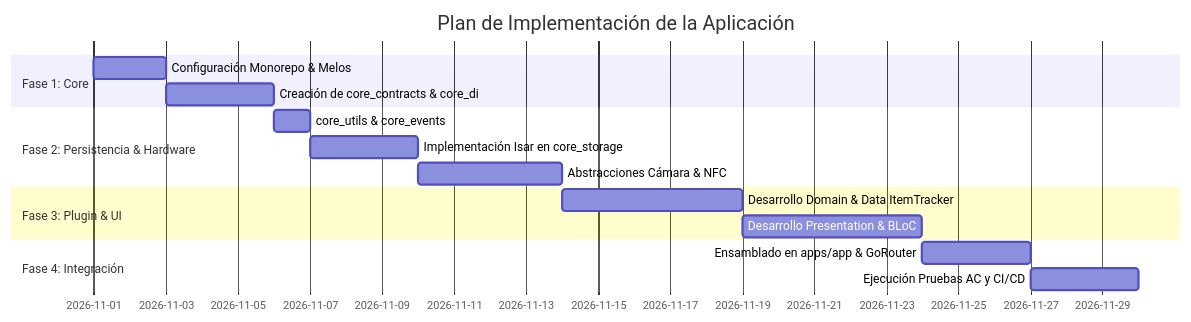
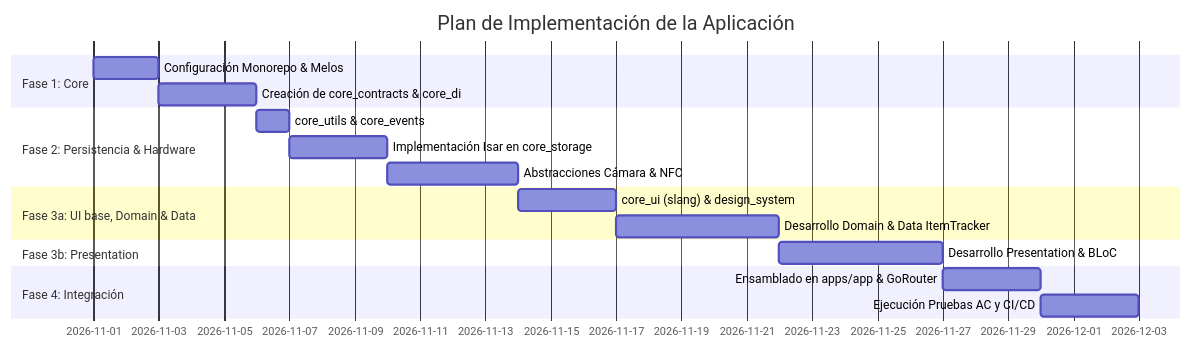
The fourth of 4 diagrams in specs/app_spec.md (cristian2024/home_tasks), drawn with Mermaid before and after one commit. The commit also changed other lines of this file and 1 other file, not shown here.

Commit message:
docs: reglas de negocio del plugin, i18n con slang, design_system y Fase 3a/3b

````diff
--- a/specs/app_spec.md
+++ b/specs/app_spec.md
@@ -876,18 +951,20 @@
 ```mermaid
 gantt
     title Plan de Implementación de la Aplicación
     dateFormat  YYYY-MM-DD
     section Fase 1: Core
     Configuración Monorepo & Melos       :f1_1, 2026-11-01, 2d
     Creación de core_contracts & core_di :f1_2, after f1_1, 3d
     section Fase 2: Persistencia & Hardware
     core_utils & core_events             :f2_0, after f1_2, 1d
     Implementación Isar en core_storage  :f2_1, after f2_0, 3d
     Abstracciones Cámara & NFC           :f2_2, after f2_1, 4d
-    section Fase 3: Plugin & UI
-    Desarrollo Domain & Data ItemTracker :f3_1, after f2_2, 5d
+    section Fase 3a: UI base, Domain & Data
+    core_ui (slang) & design_system      :f3_0, after f2_2, 3d
+    Desarrollo Domain & Data ItemTracker :f3_1, after f3_0, 5d
+    section Fase 3b: Presentation
     Desarrollo Presentation & BLoC       :f3_2, after f3_1, 5d
     section Fase 4: Integración
     Ensamblado en apps/app & GoRouter    :f4_1, after f3_2, 3d
     Ejecución Pruebas AC y CI/CD         :f4_2, after f4_1, 3d
 ```
````
